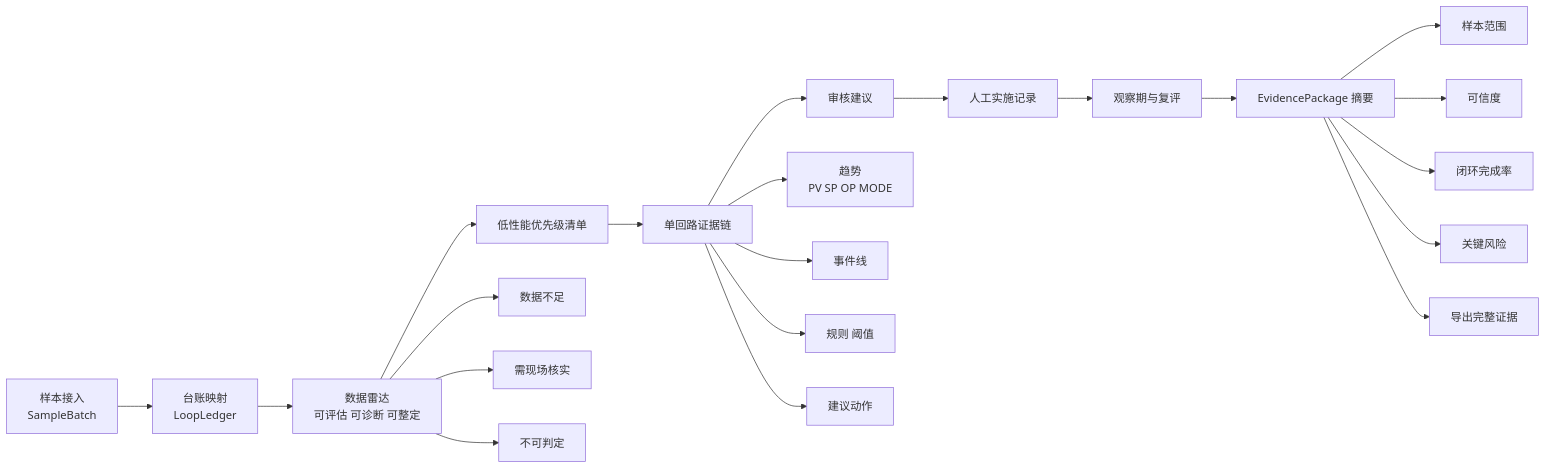
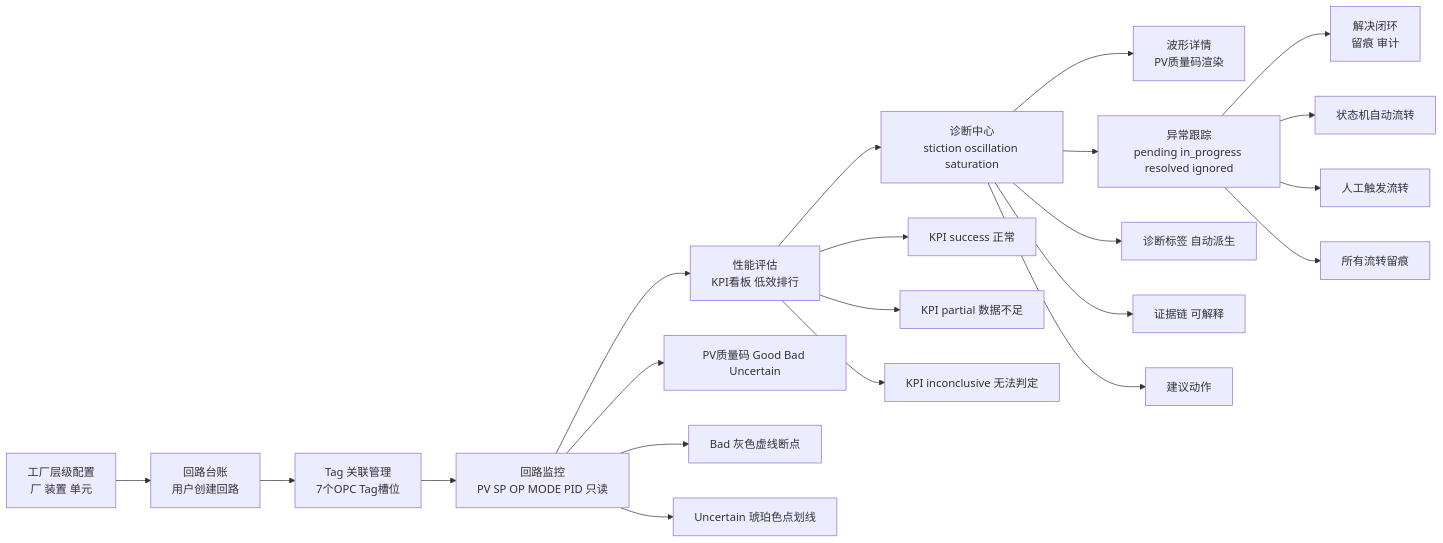
The diagram in diagrams/clpm-p0-closed-loop.mmd (hlszp/CLPM-MVP), drawn with Mermaid before and after one commit. The commit also changed 33 other files, not shown here.

First line of the commit message:
docs: redraw architecture diagrams to v3.0/v4.0 baseline

```diff
--- a/diagrams/clpm-p0-closed-loop.mmd
+++ b/diagrams/clpm-p0-closed-loop.mmd
@@ -1,24 +1,27 @@
+%% Phase 1 治理闭环（对齐 v3.0/v4.0 基线，2026-06-21）
+%% 原 clpm-p0-closed-loop.mmd 已重命名概念为 Phase 1 治理闭环
 graph LR
-    A[样本接入\nSampleBatch] --> B[台账映射\nLoopLedger]
-    B --> C[数据雷达\n可评估 可诊断 可整定]
-    C --> D[低性能优先级清单]
-    D --> E[单回路证据链]
-    E --> F[审核建议]
-    F --> G[人工实施记录]
-    G --> H[观察期与复评]
-    H --> I[EvidencePackage 摘要]
+    A[工厂层级配置\n厂 装置 单元] --> B[回路台账\n用户创建回路]
+    B --> C[Tag 关联管理\n7个OPC Tag槽位]
+    C --> D[回路监控\nPV SP OP MODE PID 只读]
+    D --> E[性能评估\nKPI看板 低效排行]
+    E --> F[诊断中心\nstiction oscillation saturation]
+    F --> G[波形详情\nPV质量码渲染]
+    F --> H[异常跟踪\npending in_progress resolved ignored]
+    H --> I[解决闭环\n留痕 审计]
 
-    C --> C1[数据不足]
-    C --> C2[需现场核实]
-    C --> C3[不可判定]
+    D --> D1[PV质量码 Good Bad Uncertain]
+    D --> D2[Bad 灰色虚线断点]
+    D --> D3[Uncertain 琥珀色点划线]
 
-    E --> E1[趋势\nPV SP OP MODE]
-    E --> E2[事件线]
-    E --> E3[规则 阈值]
-    E --> E4[建议动作]
+    E --> E1[KPI success 正常]
+    E --> E2[KPI partial 数据不足]
+    E --> E3[KPI inconclusive 无法判定]
 
-    I --> I1[样本范围]
-    I --> I2[可信度]
-    I --> I3[闭环完成率]
-    I --> I4[关键风险]
-    I --> I5[导出完整证据]
+    F --> F1[诊断标签 自动派生]
+    F --> F2[证据链 可解释]
+    F --> F3[建议动作]
+
+    H --> H1[状态机自动流转]
+    H --> H2[人工触发流转]
+    H --> H3[所有流转留痕]
```
